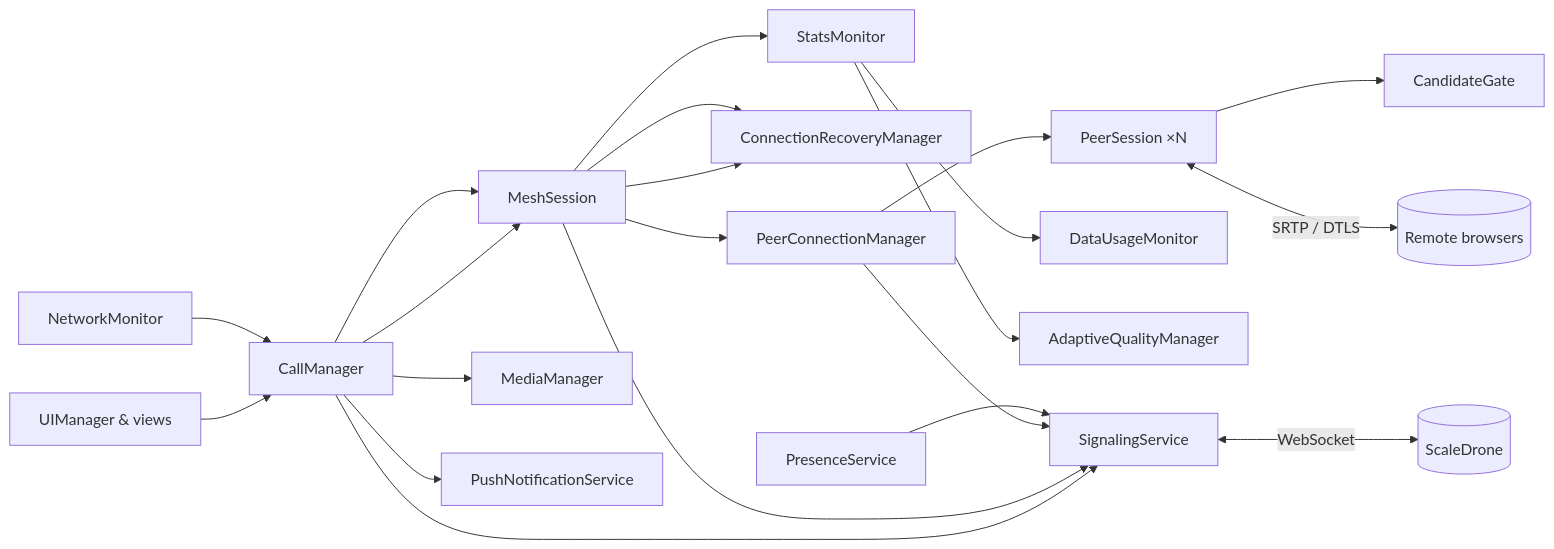
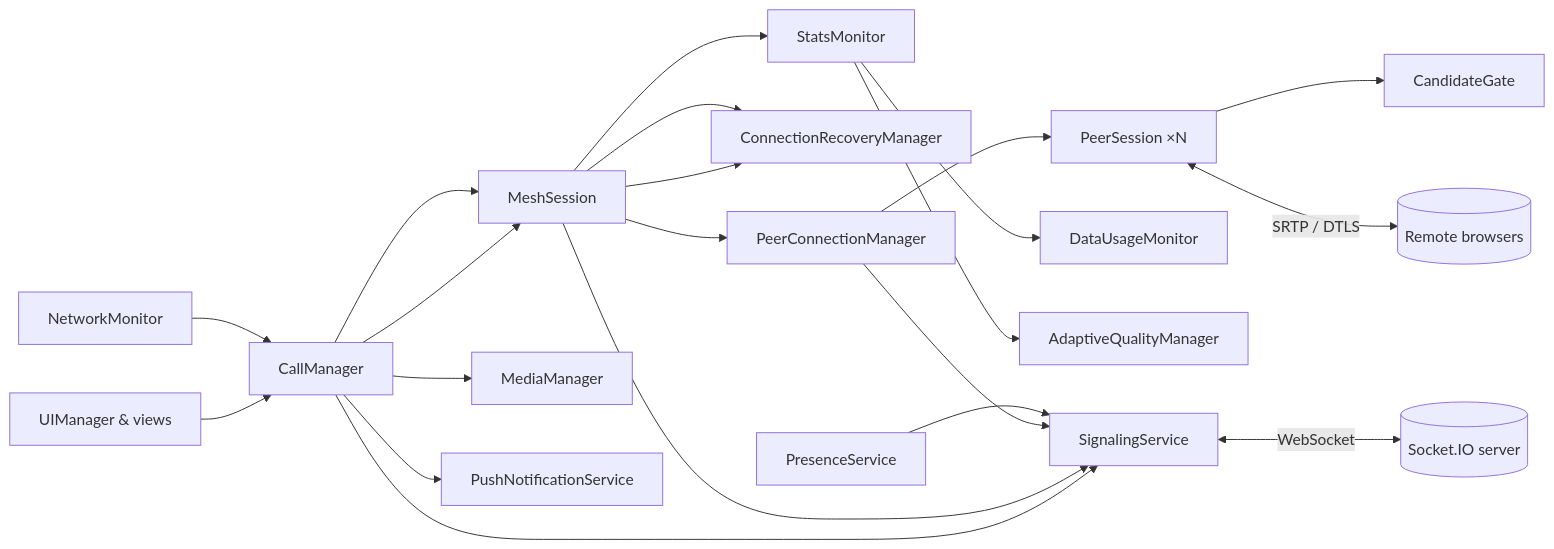
One commit to aquibahmed21/meshcall changed the third of 6 diagrams in README.md. Above: the diagram before and after it, drawn with Mermaid. The commit also changed other lines of this file and 15 other files, not shown here.

First line of the commit message:
Replace ScaleDrone signaling with self-hosted Socket.IO

````diff
--- a/README.md
+++ b/README.md
@@ -212,21 +223,21 @@
 ```mermaid
 flowchart LR
   UI[UIManager & views] --> CM[CallManager]
   CM --> MS[MeshSession]
   MS --> PCM[PeerConnectionManager]
   PCM --> PS[PeerSession ×N]
   MS --> REC[ConnectionRecoveryManager]
   MS --> STATS[StatsMonitor]
   STATS --> DU[DataUsageMonitor]
   STATS --> AQ[AdaptiveQualityManager]
   PS --> GATE[CandidateGate]
   CM --> SIG[SignalingService]
   MS --> SIG
   PCM --> SIG
   PRES[PresenceService] --> SIG
   CM --> MEDIA[MediaManager]
   NET[NetworkMonitor] --> CM --> MS --> REC
   CM --> PUSH[PushNotificationService]
-  SIG <-->|WebSocket| SD[(ScaleDrone)]
+  SIG <-->|WebSocket| SD[(Socket.IO server)]
   PS <-->|SRTP / DTLS| PEER[(Remote browsers)]
 ```
````
